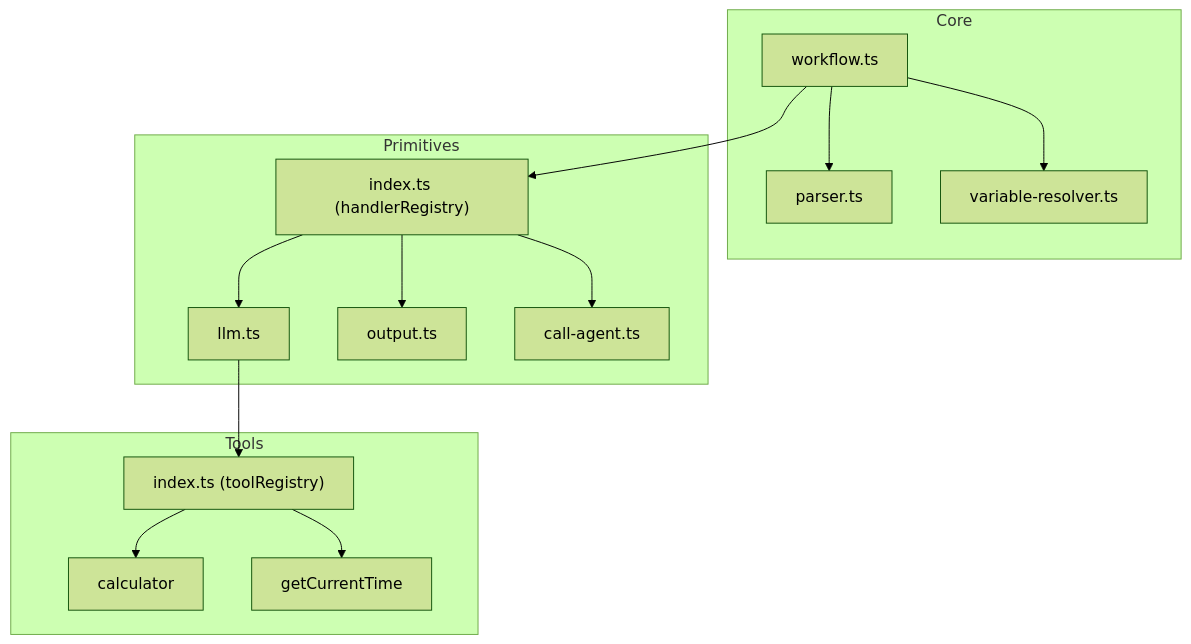
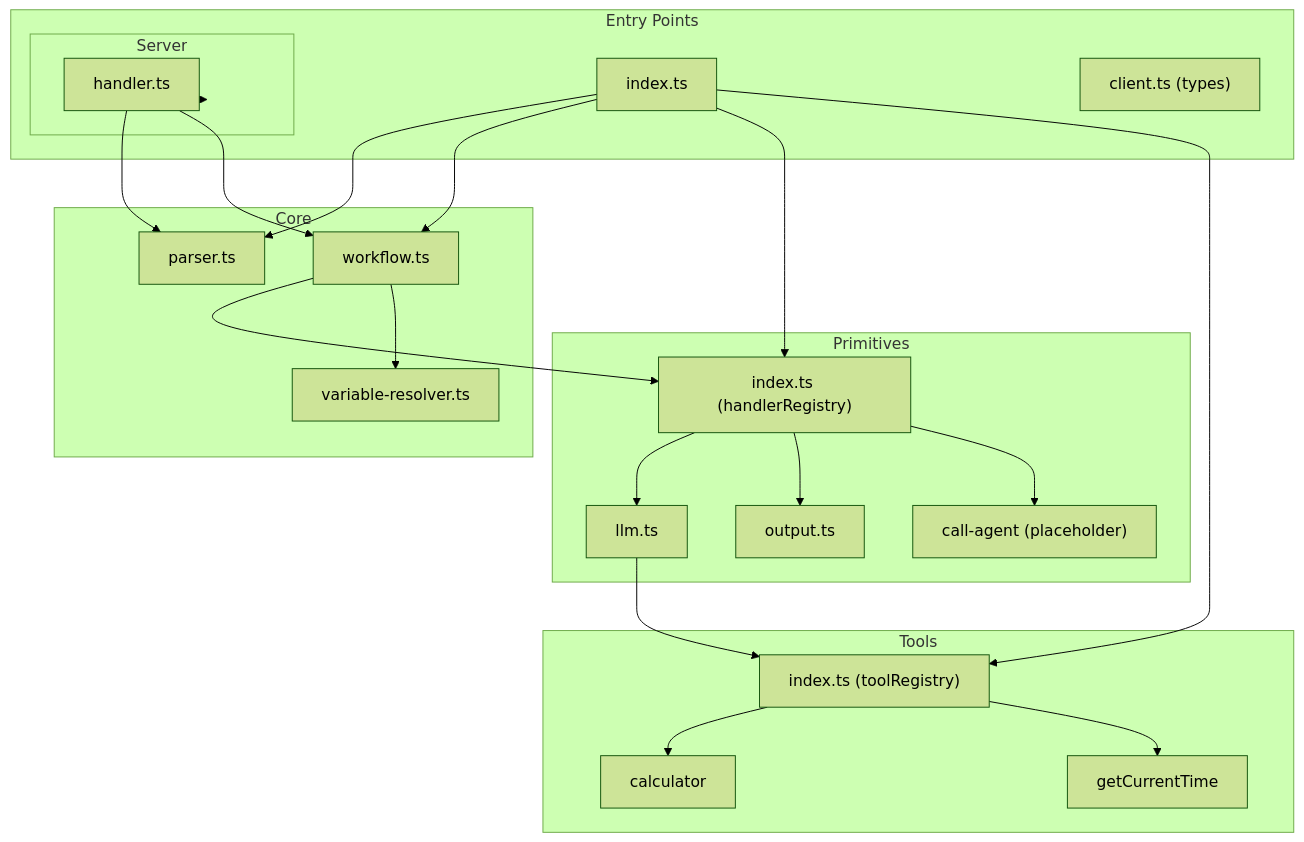
One commit to botanarede/beddel-chat changed the diagram in packages/beddel/docs/architecture/components.md. Above: the diagram before and after it, drawn with Mermaid (forest theme). The commit also changed other lines of this file and 43 other files, not shown here.

````diff
--- a/packages/beddel/docs/architecture/components.md
+++ b/packages/beddel/docs/architecture/components.md
@@ -94,31 +192,47 @@
 ```mermaid
 graph TB
+    subgraph "Entry Points"
+        Index["index.ts"]
+        Server["server.ts"]
+        Client["client.ts (types)"]
+    end
+    
     subgraph "Core"
         Parser["parser.ts"]
         Executor["workflow.ts"]
         VarResolver["variable-resolver.ts"]
     end
     
     subgraph "Primitives"
         Registry["index.ts (handlerRegistry)"]
         LLMPrim["llm.ts"]
         OutputPrim["output.ts"]
-        CallAgent["call-agent.ts"]
+        CallAgent["call-agent (placeholder)"]
     end
     
     subgraph "Tools"
         ToolReg["index.ts (toolRegistry)"]
         Calc["calculator"]
         Time["getCurrentTime"]
     end
     
-    Executor --> Parser
+    subgraph "Server"
+        Handler["handler.ts"]
+    end
+    
+    Index --> Parser
+    Index --> Executor
+    Index --> Registry
+    Index --> ToolReg
+    Server --> Handler
+    Handler --> Parser
+    Handler --> Executor
     Executor --> Registry
     Executor --> VarResolver
     Registry --> LLMPrim
     Registry --> OutputPrim
     Registry --> CallAgent
     LLMPrim --> ToolReg
     ToolReg --> Calc
     ToolReg --> Time
 ```
````
